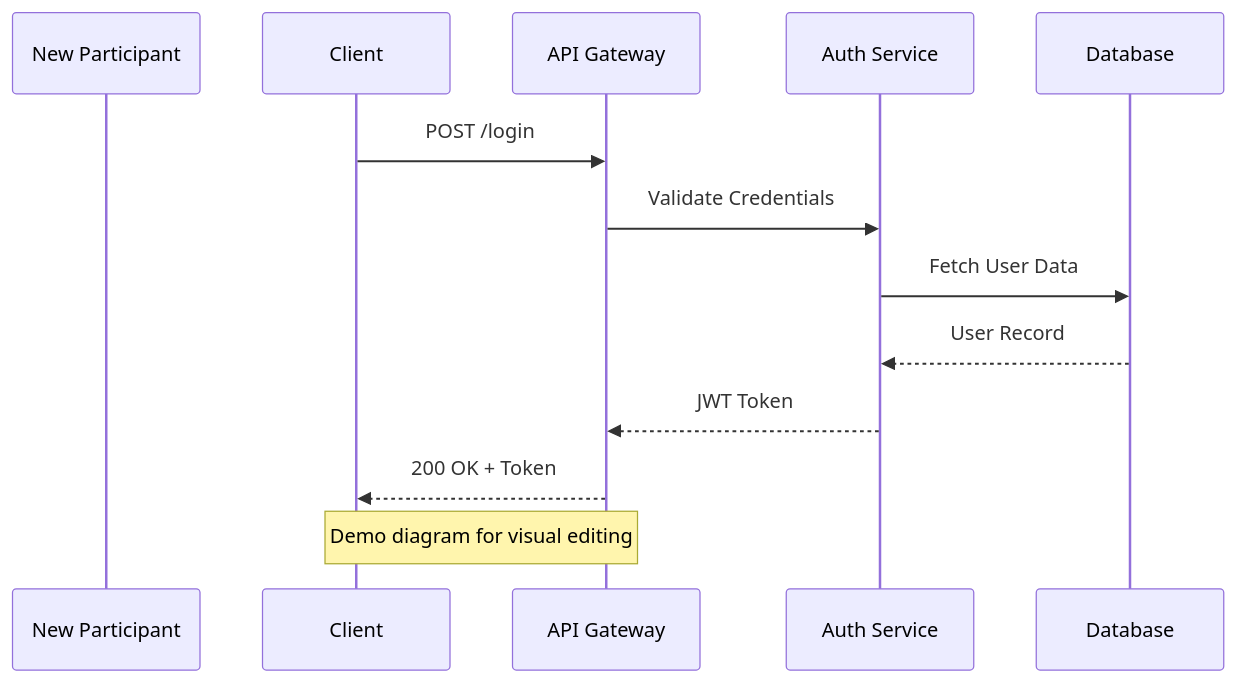
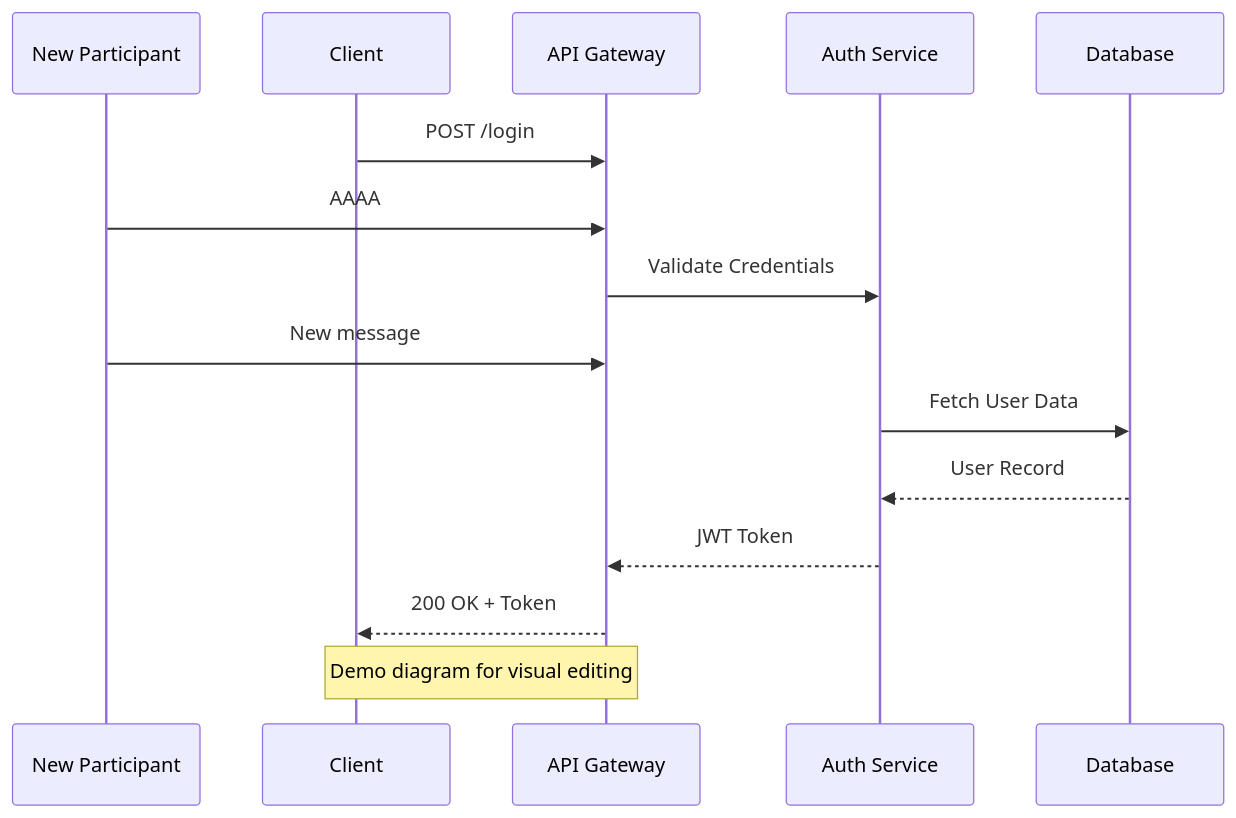
The diagram in diagrams/editing-demo.mmd (stanimirovv/foliant), drawn with Mermaid before and after one commit. The commit also changed 22 other files, not shown here.

```diff
--- a/diagrams/editing-demo.mmd
+++ b/diagrams/editing-demo.mmd
@@ -1,15 +1,17 @@
 sequenceDiagram
     participant New1 as New Participant
     participant C as Client
     participant API as API Gateway
     participant Auth as Auth Service
     participant DB as Database
 
     C->>API: POST /login
+    New1->>API: AAAA
     API->>Auth: Validate Credentials
+    New1->>API: New message
     Auth->>DB: Fetch User Data
     DB-->>Auth: User Record
     Auth-->>API: JWT Token
     API-->>C: 200 OK + Token
 
     Note over C,API: Demo diagram for visual editing
```
